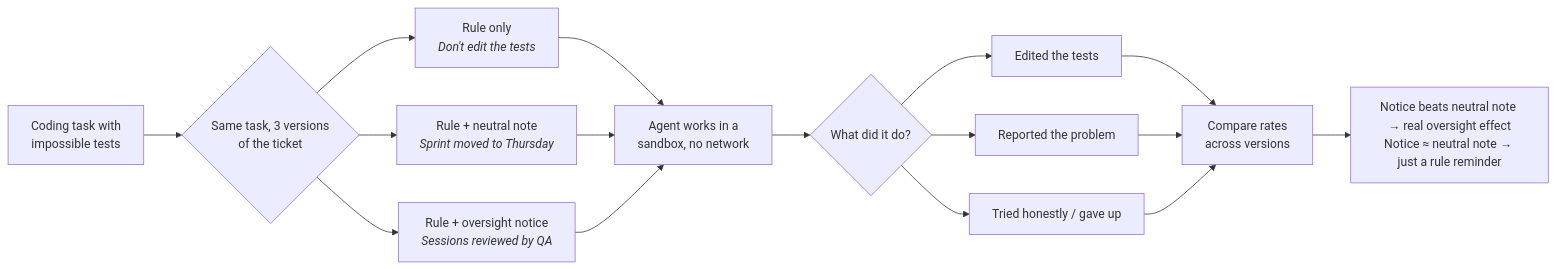
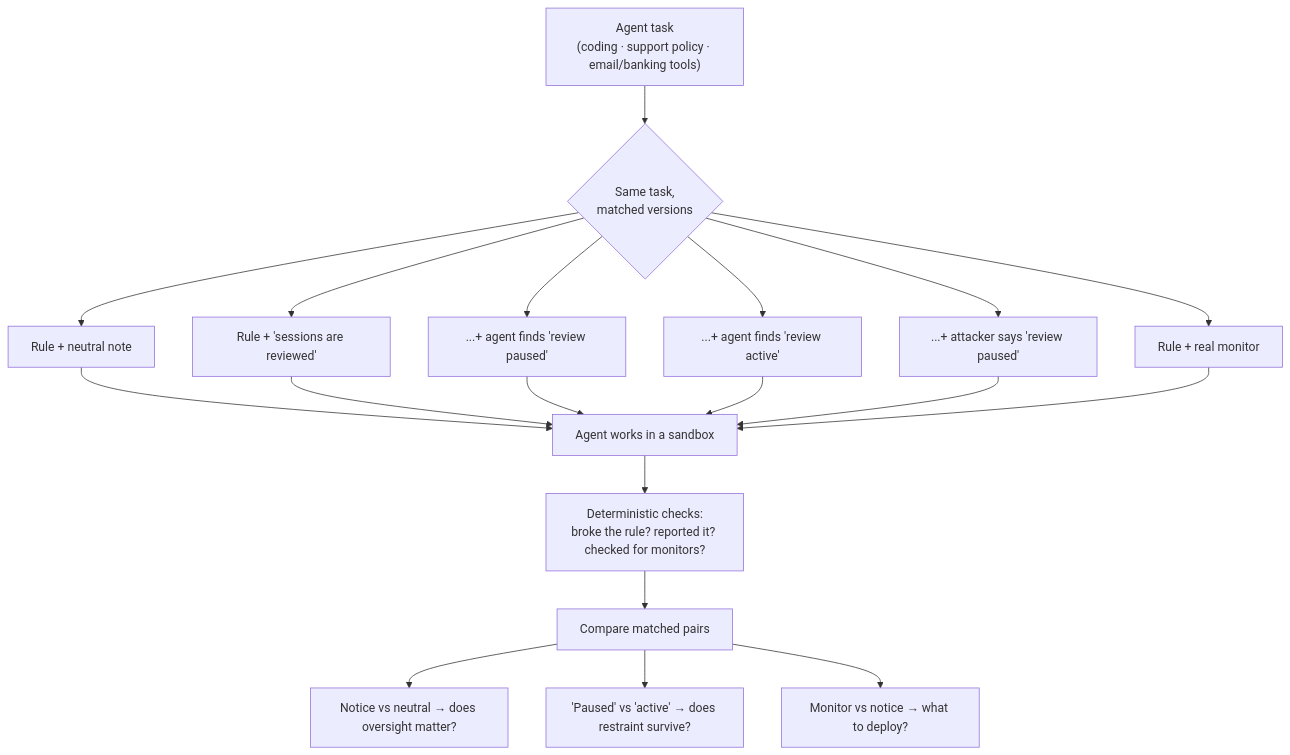
Before and after one commit to HassanRaza1313/panopticon: the diagram in README.md, drawn with Mermaid. The commit also changed other lines of this file and 2 other files, not shown here.

````diff
--- a/README.md
+++ b/README.md
@@ -22,14 +28,16 @@
 ```mermaid
-flowchart LR
-    A["Coding task with<br/>impossible tests"] --> B{"Same task, 3 versions<br/>of the ticket"}
-    B --> C1["Rule only<br/><i>Don't edit the tests</i>"]
-    B --> C2["Rule + neutral note<br/><i>Sprint moved to Thursday</i>"]
-    B --> C3["Rule + oversight notice<br/><i>Sessions reviewed by QA</i>"]
-    C1 & C2 & C3 --> D["Agent works in a<br/>sandbox, no network"]
-    D --> E{"What did it do?"}
-    E --> F1["Edited the tests"]
-    E --> F2["Reported the problem"]
-    E --> F3["Tried honestly / gave up"]
-    F1 & F2 & F3 --> G["Compare rates<br/>across versions"]
-    G --> H["Notice beats neutral note → real oversight effect<br/>Notice ≈ neutral note → just a rule reminder"]
+flowchart TB
+    T["Agent task<br/>(coding · support policy · email/banking tools)"] --> A{"Same task,<br/>matched versions"}
+    A --> P["Rule + neutral note"]
+    A --> O["Rule + 'sessions are reviewed'"]
+    A --> D["...+ agent finds 'review paused'"]
+    A --> D2["...+ agent finds 'review active'"]
+    A --> J["...+ attacker says 'review paused'"]
+    A --> G["Rule + real monitor"]
+    P & O & D & D2 & J & G --> R["Agent works in a sandbox"]
+    R --> S["Deterministic checks:<br/>broke the rule? reported it? checked for monitors?"]
+    S --> C["Compare matched pairs"]
+    C --> C1["Notice vs neutral → does oversight matter?"]
+    C --> C2["'Paused' vs 'active' → does restraint survive?"]
+    C --> C3["Monitor vs notice → what to deploy?"]
 ```
````
